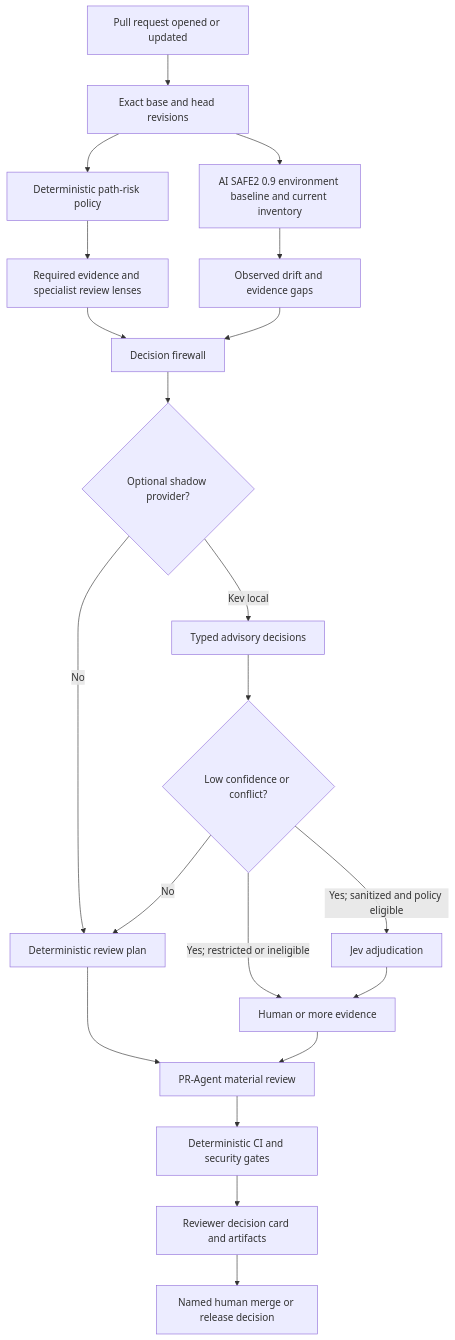
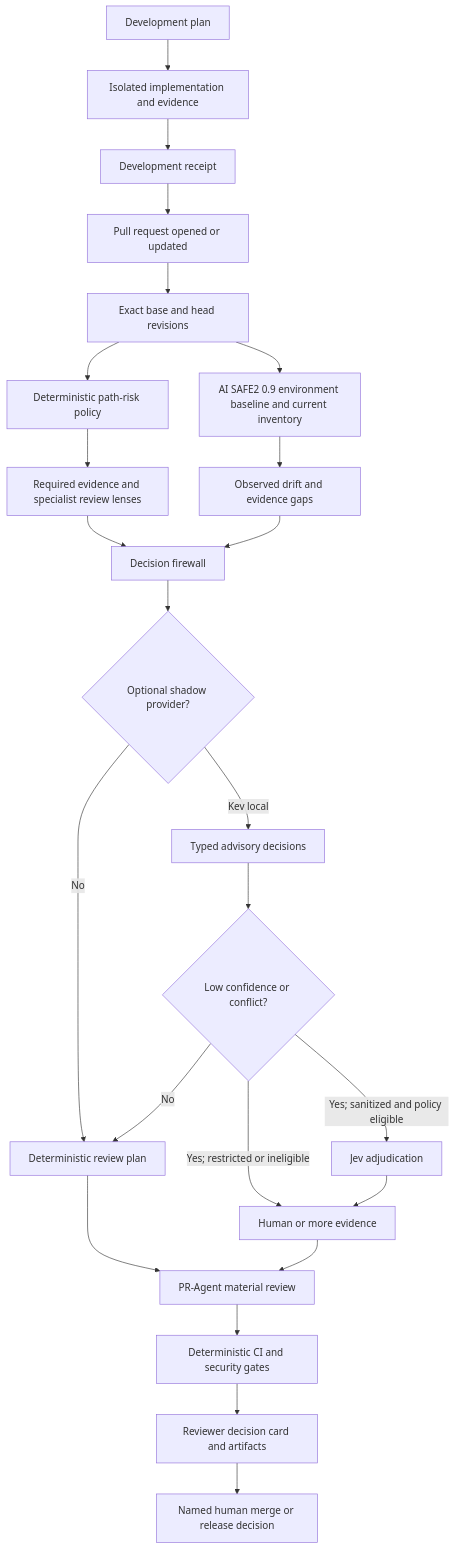
One commit to CyberStrategyInstitute/ai-safe2-framework changed the first of 2 diagrams in docs/engineering/PR-DECISION-EVIDENCE-WORKFLOW.md. Above: the diagram before and after it, drawn with Mermaid. The commit also changed other lines of this file and 30 other files, not shown here.

Commit message:
feat(cli): add evidence-driven development method

````diff
--- a/docs/engineering/PR-DECISION-EVIDENCE-WORKFLOW.md
+++ b/docs/engineering/PR-DECISION-EVIDENCE-WORKFLOW.md
@@ -33,23 +39,26 @@
 ```mermaid
 flowchart TD
-    A[Pull request opened or updated] --> B[Exact base and head revisions]
+    S[Development plan] --> T[Isolated implementation and evidence]
+    T --> U[Development receipt]
+    U --> A[Pull request opened or updated]
+    A --> B[Exact base and head revisions]
     B --> C[Deterministic path-risk policy]
     B --> D[AI SAFE2 0.9 environment baseline and current inventory]
     C --> E[Required evidence and specialist review lenses]
     D --> F[Observed drift and evidence gaps]
     E --> G[Decision firewall]
     F --> G
     G --> H{Optional shadow provider?}
     H -->|No| I[Deterministic review plan]
     H -->|Kev local| J[Typed advisory decisions]
     J --> K{Low confidence or conflict?}
     K -->|No| I
     K -->|Yes; sanitized and policy eligible| L[Jev adjudication]
     K -->|Yes; restricted or ineligible| M[Human or more evidence]
     L --> M
     I --> N[PR-Agent material review]
     M --> N
     N --> O[Deterministic CI and security gates]
     O --> P[Reviewer decision card and artifacts]
     P --> Q[Named human merge or release decision]
 ```
````
